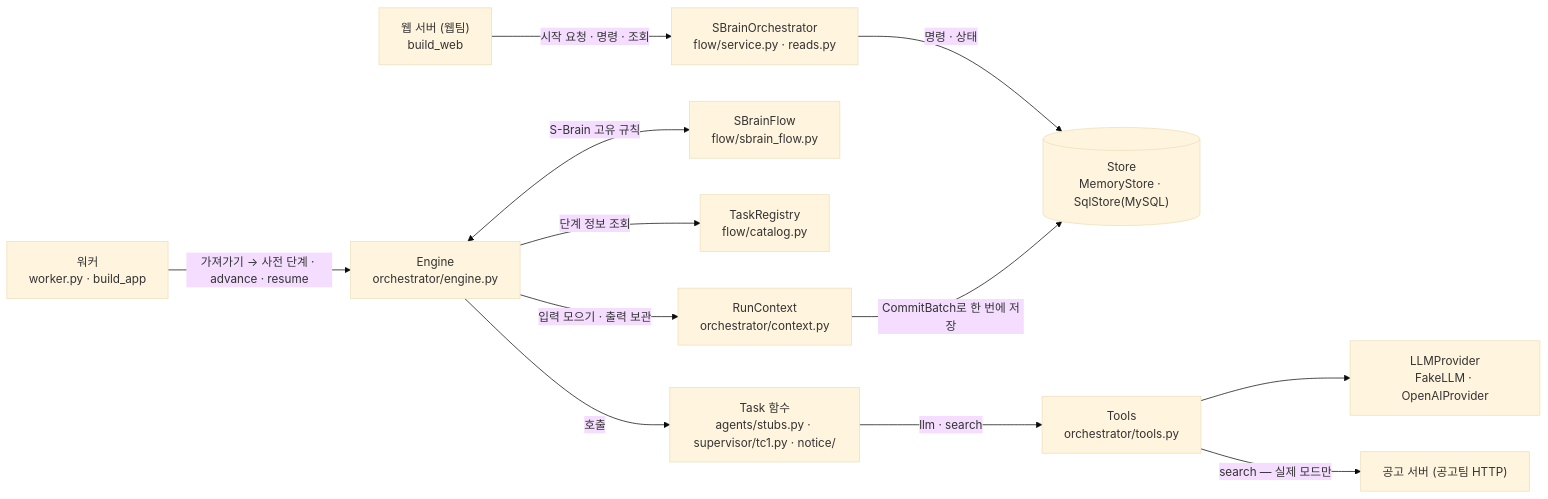
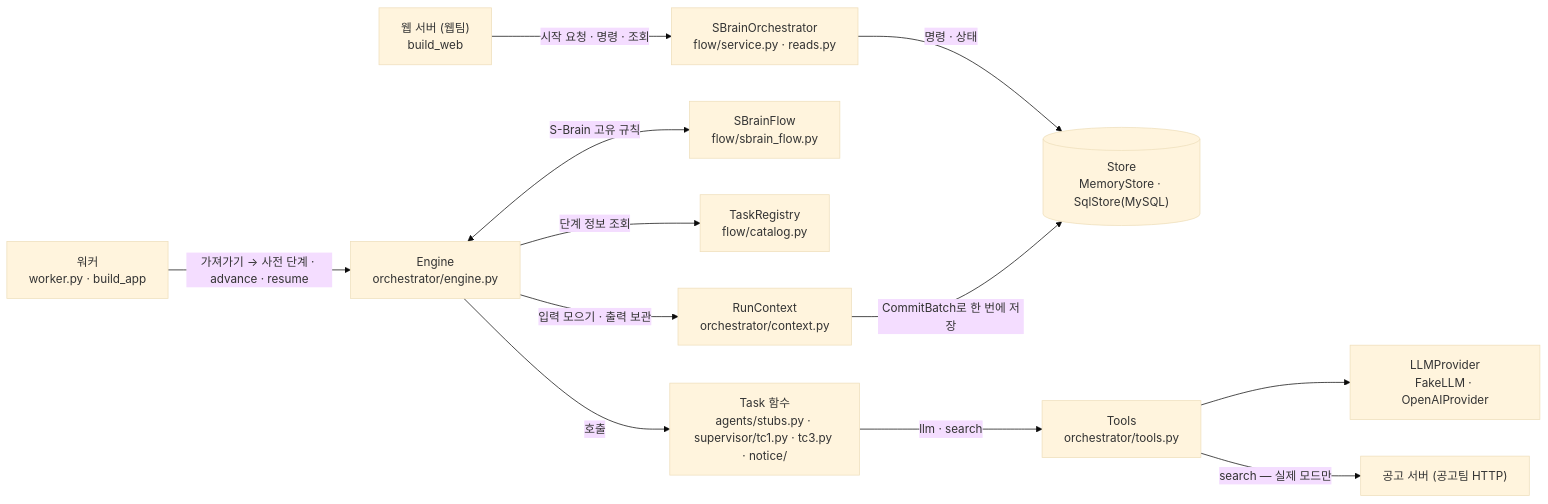
Before and after one commit to SKNETWORKS-FAMILY-AICAMP/SKN32-FINAL-1TEAM: the second of 2 diagrams in agent-orchestration/README.md, drawn with Mermaid (base theme). The commit also changed other lines of this file and 34 other files, not shown here.

````diff
--- a/agent-orchestration/README.md
+++ b/agent-orchestration/README.md
@@ -423,14 +425,14 @@
 ```mermaid
 flowchart LR
   Web["웹 서버 (웹팀)<br/>build_web"] -->|"시작 요청 · 명령 · 조회"| Svc["SBrainOrchestrator<br/>flow/service.py · reads.py"]
   Wk["워커<br/>worker.py · build_app"] -->|"가져가기 → 사전 단계 · advance · resume"| Eng["Engine<br/>orchestrator/engine.py"]
   Svc -->|명령 · 상태| Store
   Eng <-->|S-Brain 고유 규칙| Flow["SBrainFlow<br/>flow/sbrain_flow.py"]
   Eng -->|단계 정보 조회| Reg["TaskRegistry<br/>flow/catalog.py"]
   Eng -->|"입력 모으기 · 출력 보관"| Ctx["RunContext<br/>orchestrator/context.py"]
   Ctx -->|"CommitBatch로 한 번에 저장"| Store[("Store<br/>MemoryStore · SqlStore(MySQL)")]
-  Eng -->|호출| Fn["Task 함수<br/>agents/stubs.py · supervisor/tc1.py · notice/"]
+  Eng -->|호출| Fn["Task 함수<br/>agents/stubs.py · supervisor/tc1.py · tc3.py · notice/"]
   Fn -->|"llm · search"| Tools["Tools<br/>orchestrator/tools.py"]
   Tools --> Prov["LLMProvider<br/>FakeLLM · OpenAIProvider"]
   Tools -->|"search — 실제 모드만"| NS["공고 서버 (공고팀 HTTP)"]
 ```
````
